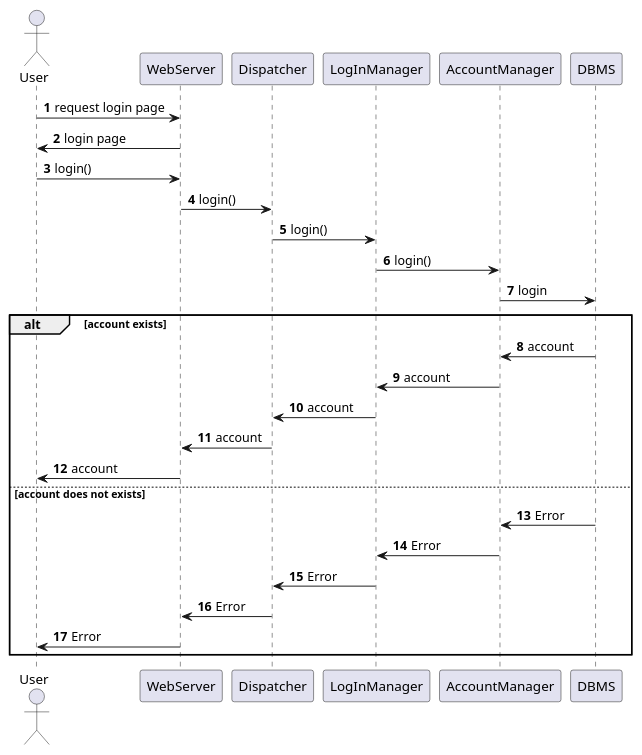
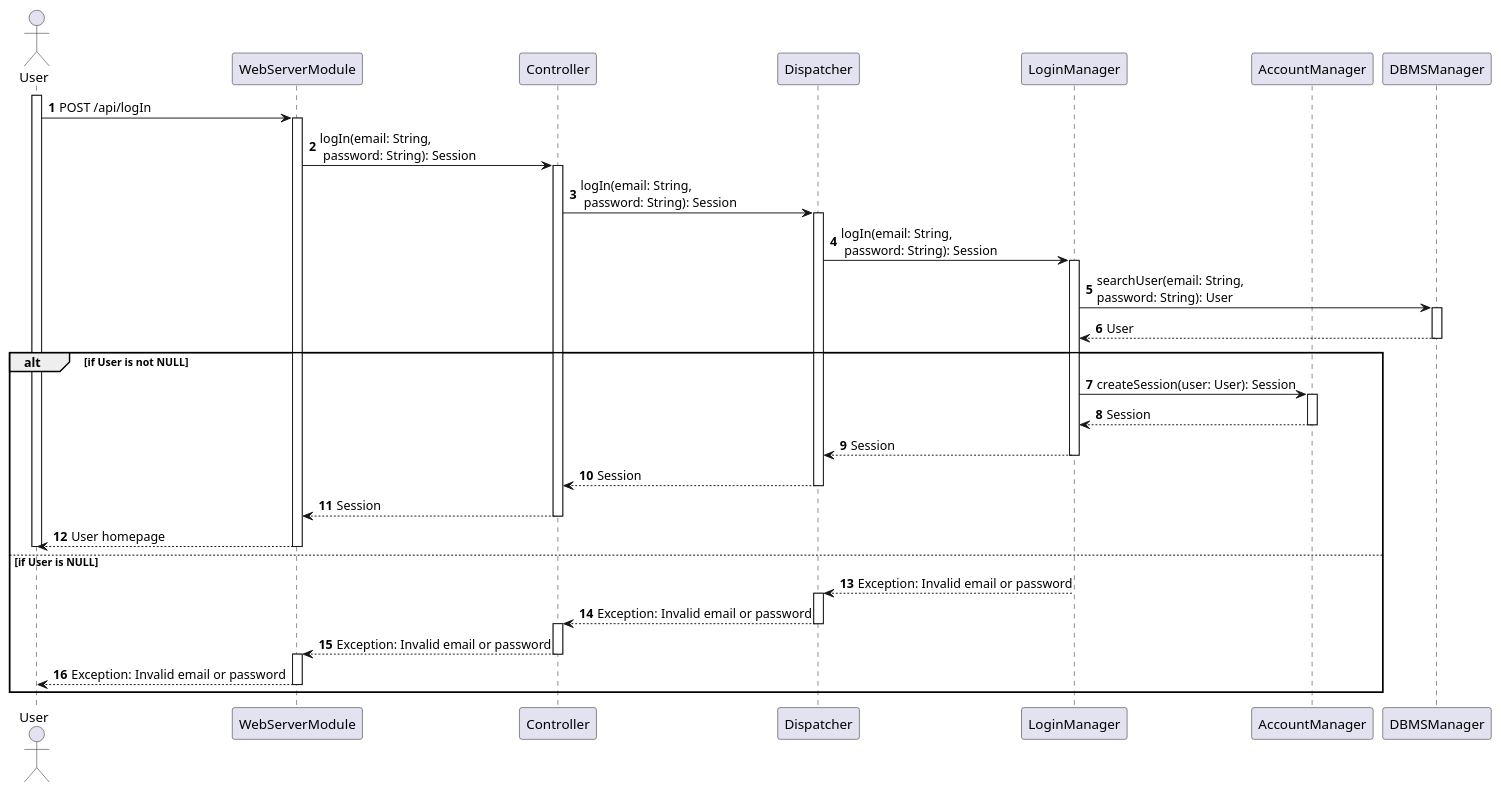
Before and after one commit to Angelo7672/SE2_Requirement-and-Design-Document: the diagram in _DD/Images/sequenceDiagrams/logIn.wsd, drawn with PlantUML. The commit also changed 4 other files, not shown here.

Commit message:
sequence fix

```diff
--- a/_DD/Images/sequenceDiagrams/logIn.wsd
+++ b/_DD/Images/sequenceDiagrams/logIn.wsd
@@ -1,100 +1,54 @@
 @startuml
 
-'autonumber
-'actor User as U
-'participant First_Firewall as FF
-'participant WebServer as WS
-'participant Second_Firewall as SF
-'participant Application_Server as AS
-'participant Microservices_Dispatcher as MD
-'entity logInInterface as LII
-'participant LogInManager as LIM
-'participant SearchManager as SM
-'participant DBMS as D
+autonumber
 
-'activate U
-'activate FF
-'activate WS
-'activate SF
-'activate AS
-'U-->FF: logIn(Json( e-mail, password))
-'FF-->WS: analizer(socket, Json): Json
-'WS-->SF: activeClientAdd(socket)
-'SF-->AS: analizer(socket, Json): Json
-'AS-->MD: parser(Json): response
-'activate MD
-'MD-->LII: logInManager.logIn(e-mail, password)
-'activate LII
-'LII-->LIM: logIn(e-mail, password)
-'deactivate LII
-'activate LIM
-'LIM-->SM: searchUser(e-mail, password): List<Account>
-'activate SM
-'alt accont exists
-'    SM-->D: searchQuery
-'    activate D
-'    D-->SM: Response
-'    deactivate D
-'    alt if password correct
-'        SM-->LIM: List.count > 0 <<Account found>> and exists Account.password == this.password
-'        LIM-->MD: True: account exists and password is correct
-'        MD-->AS: access granted
-'        AS-->WS: Json(access granted)
-'        WS-->U: Information of successed operation
-'    else password NOT correct
-'        SM-->D: searchQuery
-'        activate D
-'        D-->SM: Response
-'        deactivate D
-'        SM-->LIM: List.count > 0 <<Account found>> and exists Account.password != this.password
-'        LIM-->MD: False: account does not exists or password is correct
-'        MD-->AS: access denied
-'        AS-->WS: Json(access denied)
-'        WS-->U: Information of Unsuccessful operation
-'    end
-'else account does not exists
-'    SM-->D: searchQuery
-'    activate D
-'    D-->SM: Response
-'    deactivate D
-'    SM-->LIM: List.count > 0 <<Account found>> and exists Account.password != this.password
-'    LIM-->MD: False: account does not exists or password is correct
-'    MD-->AS: access denied
-'    AS-->WS: Json(access denied)
-'    WS-->U: Information of Unsuccessful operation
-'end
-'deactivate U
-'deactivate FF
-'deactivate WS
-'deactivate SF
-'deactivate AS
+actor User as U
+participant WebServerModule as WS
+participant Controller as C
+participant Dispatcher as MD
+participant LoginManager as LM
+participant AccountManager as AM
+participant DBMSManager as DBMSM
 
-autonumber
-actor User as U
-participant WebServer as WS
-participant Dispatcher as MD
-participant LogInManager as LIM
-participant AccountManager as AM
-participant DBMS as D
+activate U
+U -> WS: POST /api/logIn
+activate WS
+WS -> C: logIn(email: String,\n password: String): Session
+activate C
+C -> MD: logIn(email: String,\n password: String): Session
+activate MD
+MD -> LM: logIn(email: String,\n password: String): Session
+activate LM
+LM -> DBMSM: searchUser(email: String,\npassword: String): User
+activate DBMSM
+DBMSM --> LM: User
+deactivate DBMSM
+alt if User is not NULL
+    LM -> AM: createSession(user: User): Session
+    activate AM
+    AM --> LM: Session
+    deactivate AM
+    LM --> MD: Session
+    deactivate LM
+    MD --> C: Session
+    deactivate MD
+    C --> WS: Session
+    deactivate C
+    WS --> U: User homepage
+    deactivate WS
+    deactivate U
+else if User is NULL
+    LM --> MD: Exception: Invalid email or password
+    activate MD
+    MD --> C: Exception: Invalid email or password
+    deactivate MD
+    activate C
+    C --> WS: Exception: Invalid email or password
+    deactivate C
+    activate WS
+    WS --> U: Exception: Invalid email or password
+    deactivate WS
+end
 
-U -> WS: request login page
-WS -> U: login page
-U -> WS: login() 
-WS -> MD: login()
-MD -> LIM: login()
-LIM -> AM: login()
-AM -> D: login
-alt account exists
-    D -> AM: account
-    AM -> LIM: account
-    LIM -> MD: account
-    MD -> WS: account
-    WS -> U: account
-else account does not exists
-    D -> AM: Error
-    AM -> LIM: Error
-    LIM -> MD: Error
-    MD -> WS: Error
-    WS -> U: Error
-end
+
 @enduml
```
